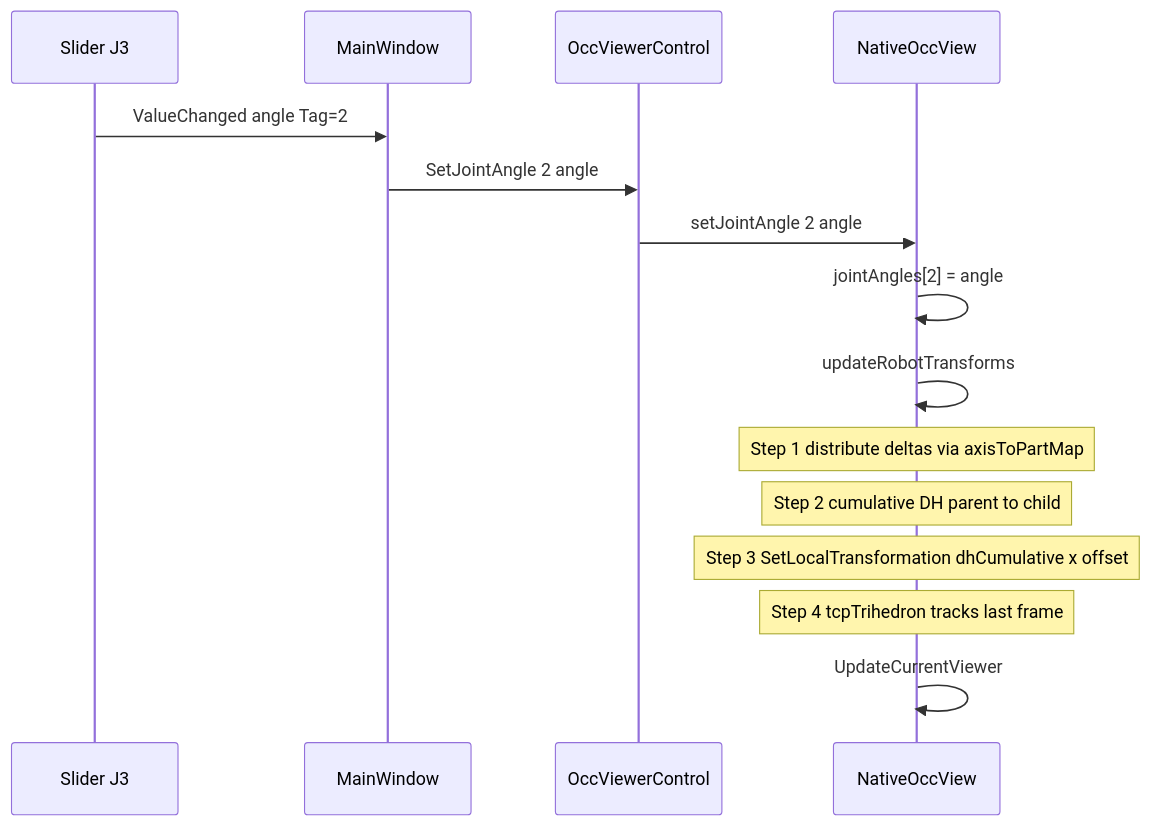
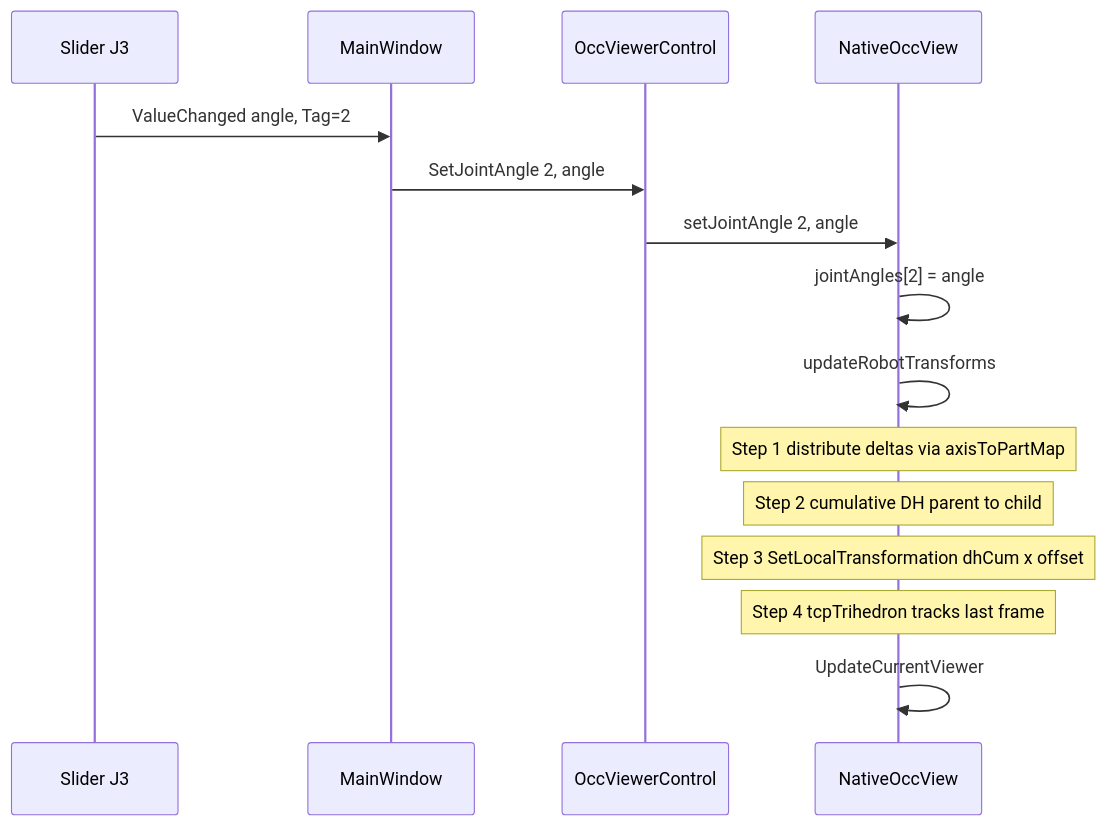
The third of 3 diagrams in Docs/README.md (ChengChengYang0416/robot-simulation), drawn with Mermaid before and after one commit. The commit also changed other lines of this file, not shown here.

````diff
--- a/Docs/README.md
+++ b/Docs/README.md
@@ -189,18 +205,18 @@
 ```mermaid
 sequenceDiagram
     participant S as Slider J3
     participant W as MainWindow
     participant V as OccViewerControl
     participant N as NativeOccView
 
-    S->>W: ValueChanged angle Tag=2
-    W->>V: SetJointAngle 2 angle
-    V->>N: setJointAngle 2 angle
+    S->>W: ValueChanged angle, Tag=2
+    W->>V: SetJointAngle 2, angle
+    V->>N: setJointAngle 2, angle
     N->>N: jointAngles[2] = angle
     N->>N: updateRobotTransforms
     Note over N: Step 1 distribute deltas via axisToPartMap
     Note over N: Step 2 cumulative DH parent to child
-    Note over N: Step 3 SetLocalTransformation dhCumulative x offset
+    Note over N: Step 3 SetLocalTransformation dhCum x offset
     Note over N: Step 4 tcpTrihedron tracks last frame
     N->>N: UpdateCurrentViewer
 ```
````
